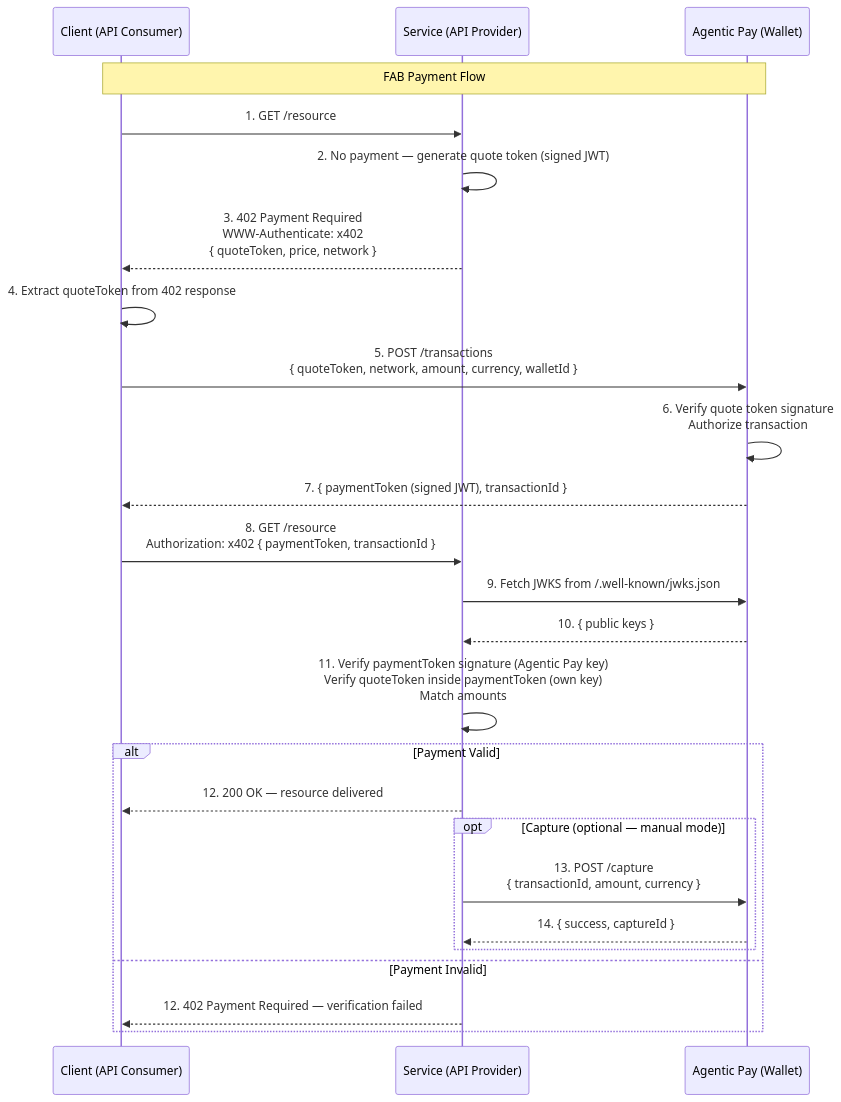
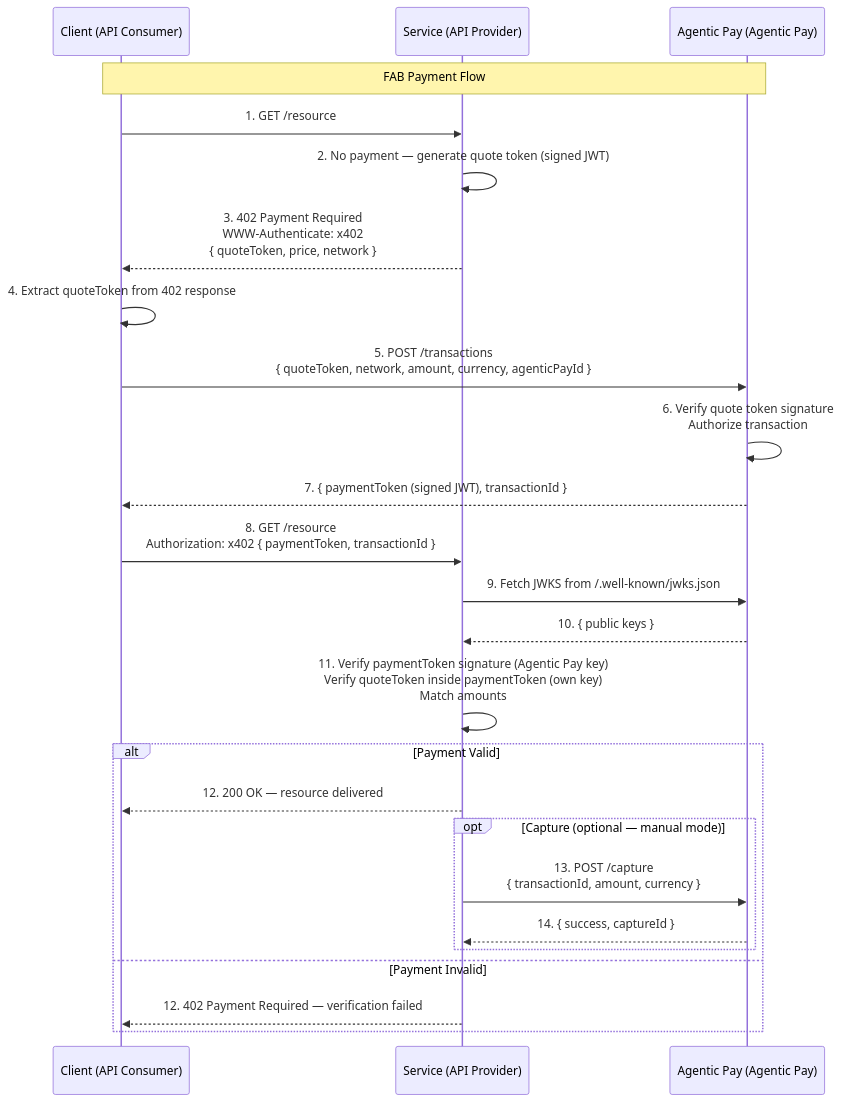
One commit to aws/fiat-extension-for-x402 changed the diagram in docs/fab-payment-flow.mmd. Above: the diagram before and after it, drawn with Mermaid. The commit also changed 56 other files, not shown here.

First line of the commit message:
refactor: rename wallet → Agentic Pay (Task 31)

```diff
--- a/docs/fab-payment-flow.mmd
+++ b/docs/fab-payment-flow.mmd
@@ -1,32 +1,32 @@
 sequenceDiagram
     participant Client as Client (API Consumer)
     participant Service as Service (API Provider)
-    participant AP as Agentic Pay (Wallet)
+    participant AP as Agentic Pay (Agentic Pay)
 
     Note over Client,AP: FAB Payment Flow
 
     Client->>Service: 1. GET /resource
     Service->>Service: 2. No payment — generate quote token (signed JWT)
     Service-->>Client: 3. 402 Payment Required<br/>WWW-Authenticate: x402<br/>{ quoteToken, price, network }
 
     Client->>Client: 4. Extract quoteToken from 402 response
-    Client->>AP: 5. POST /transactions<br/>{ quoteToken, network, amount, currency, walletId }
+    Client->>AP: 5. POST /transactions<br/>{ quoteToken, network, amount, currency, agenticPayId }
     AP->>AP: 6. Verify quote token signature<br/>Authorize transaction
     AP-->>Client: 7. { paymentToken (signed JWT), transactionId }
 
     Client->>Service: 8. GET /resource<br/>Authorization: x402 { paymentToken, transactionId }
 
     Service->>AP: 9. Fetch JWKS from /.well-known/jwks.json
     AP-->>Service: 10. { public keys }
     Service->>Service: 11. Verify paymentToken signature (Agentic Pay key)<br/>Verify quoteToken inside paymentToken (own key)<br/>Match amounts
 
     alt Payment Valid
         Service-->>Client: 12. 200 OK — resource delivered
 
         opt Capture (optional — manual mode)
             Service->>AP: 13. POST /capture<br/>{ transactionId, amount, currency }
             AP-->>Service: 14. { success, captureId }
         end
     else Payment Invalid
         Service-->>Client: 12. 402 Payment Required — verification failed
     end
```
